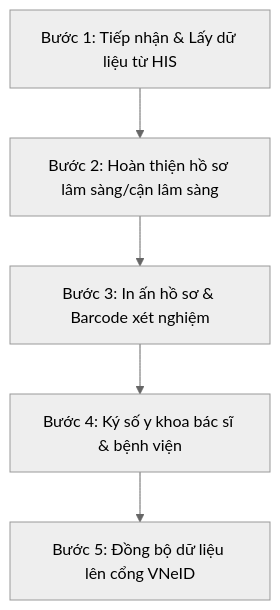
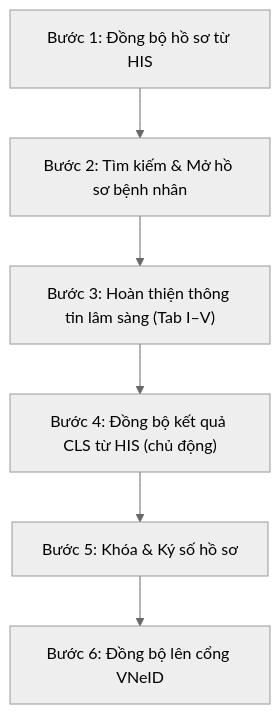
The diagram in modules/health-check-sync/docs/Hướng dẫn sử dụng Module Khám sức khỏe.md (thanhvimes/VIMES_HIS), drawn with Mermaid (neutral theme) before and after one commit. The commit also changed other lines of this file and 125 other files, not shown here.

````diff
--- a/modules/health-check-sync/docs/Hướng dẫn sử dụng Module Khám sức khỏe.md
+++ b/modules/health-check-sync/docs/Hướng dẫn sử dụng Module Khám sức khỏe.md
@@ -11,7 +10,8 @@
 ```mermaid
 graph TD
-    A[Bước 1: Tiếp nhận & Lấy dữ liệu từ HIS] --> B[Bước 2: Hoàn thiện hồ sơ lâm sàng/cận lâm sàng]
-    B --> C[Bước 3: In ấn hồ sơ & Barcode xét nghiệm]
-    C --> D[Bước 4: Ký số y khoa bác sĩ & bệnh viện]
-    D --> E[Bước 5: Đồng bộ dữ liệu lên cổng VNeID]
+    A["Bước 1: Đồng bộ hồ sơ từ HIS"] --> B["Bước 2: Tìm kiếm & Mở hồ sơ bệnh nhân"]
+    B --> C["Bước 3: Hoàn thiện thông tin lâm sàng (Tab I–V)"]
+    C --> D["Bước 4: Đồng bộ kết quả CLS từ HIS (chủ động)"]
+    D --> E["Bước 5: Khóa & Ký số hồ sơ"]
+    E --> F["Bước 6: Đồng bộ lên cổng VNeID"]
 ```
````
